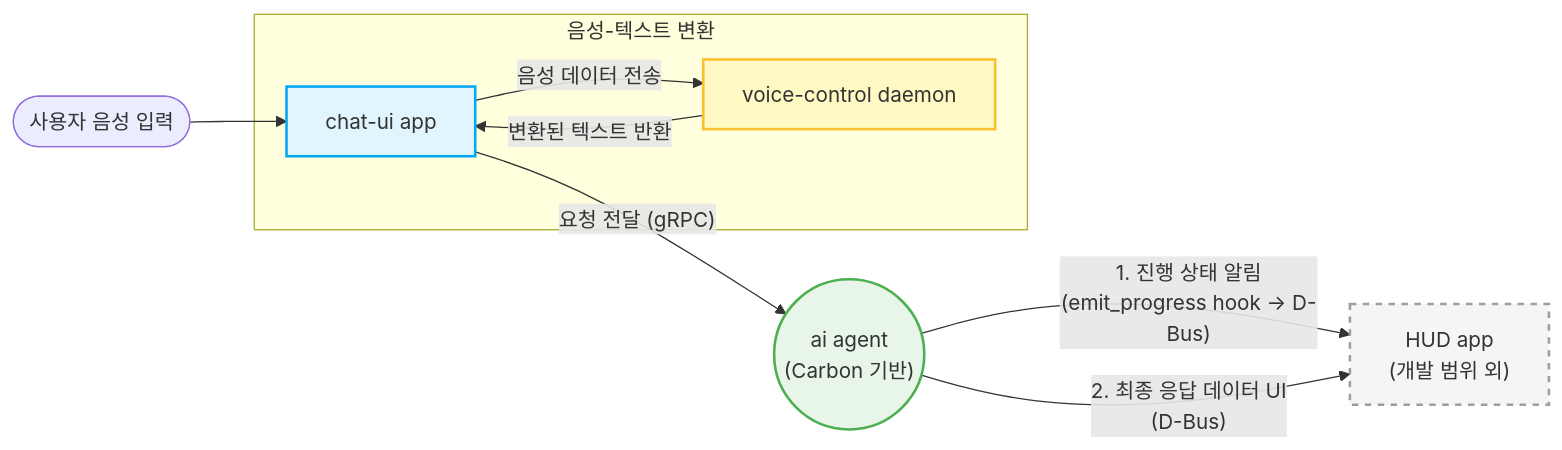
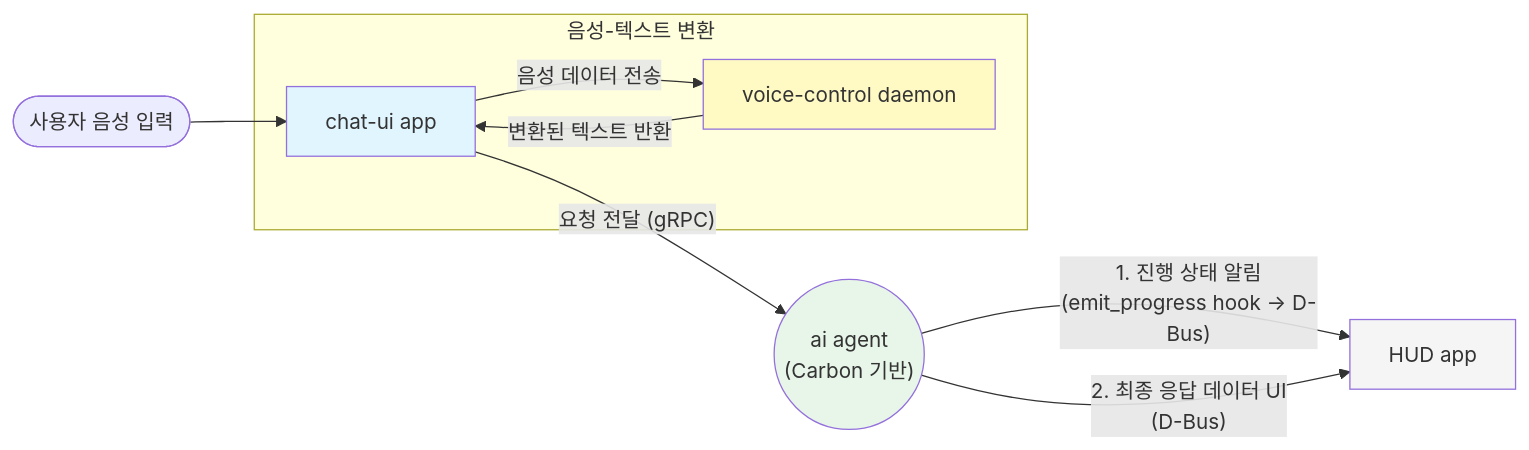
One commit to shyunMin/tizen-chat changed the diagram in docs/ai_voice_assistant_design.md. Above: the diagram before and after it, drawn with Mermaid.

````diff
--- a/docs/ai_voice_assistant_design.md
+++ b/docs/ai_voice_assistant_design.md
@@ -7,23 +7,23 @@
 ```mermaid
 graph LR
     User(["사용자 음성 입력"]) --> ChatUI["chat-ui app"]
     
     subgraph STT_Process [음성-텍스트 변환]
         ChatUI -- "음성 데이터 전송" --> VCD["voice-control daemon"]
         VCD -- "변환된 텍스트 반환" --> ChatUI
     end
     
     ChatUI -- "요청 전달 (gRPC)" --> Agent(("ai agent\n(Carbon 기반)"))
-    Agent -- "1. 진행 상태 알림\n(emit_progress hook -> D-Bus)" --> HUD["HUD app\n(개발 범위 외)"]
+    Agent -- "1. 진행 상태 알림\n(emit_progress hook -> D-Bus)" --> HUD["HUD app"]
     Agent -- "2. 최종 응답 데이터 UI\n(D-Bus)" --> HUD
     
-    classDef app fill:#e1f5fe,stroke:#03a9f4,stroke-width:2px;
-    classDef agent fill:#e8f5e9,stroke:#4caf50,stroke-width:2px;
-    classDef daemon fill:#fff9c4,stroke:#fbc02d,stroke-width:2px;
-    classDef outscope fill:#f5f5f5,stroke:#9e9e9e,stroke-width:2px,stroke-dasharray: 5 5;
+    classDef app fill:#e1f5fe;
+    classDef agent fill:#e8f5e9;
+    classDef daemon fill:#fff9c4;
+    classDef outscope fill:#f5f5f5;
     
     class ChatUI app;
     class Agent agent;
     class VCD daemon;
     class HUD outscope;
 ```
````
